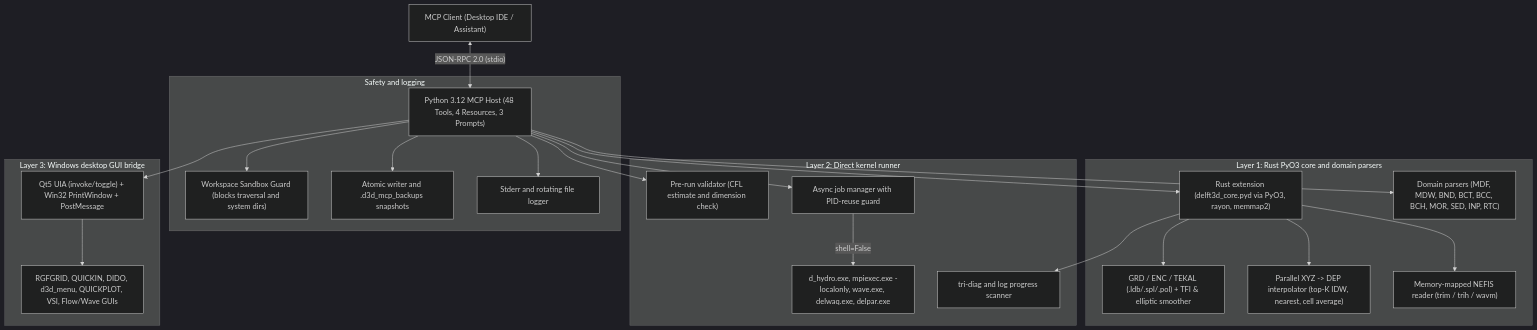
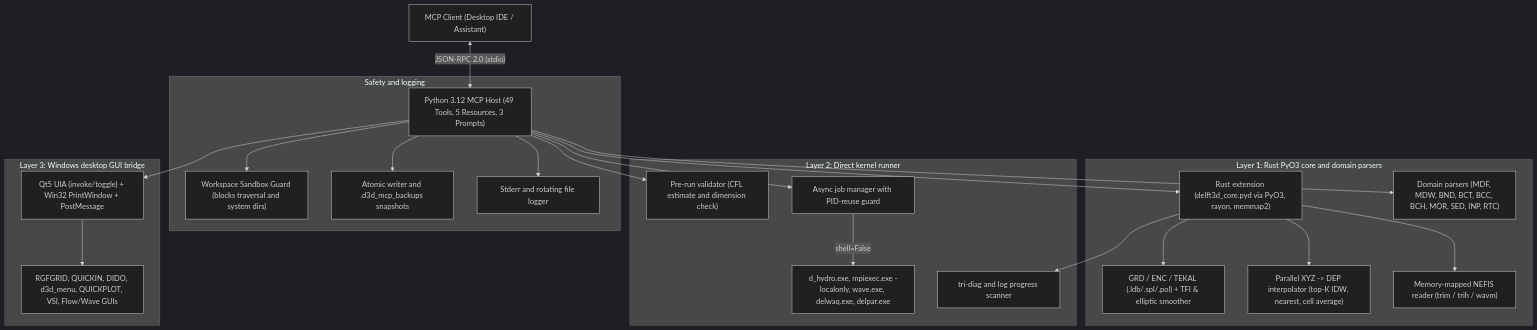
One commit to dikydwi442-byte/delft3d-mcp changed the second of 2 diagrams in README.md. Above: the diagram before and after it, drawn with Mermaid (dark theme). The commit also changed other lines of this file and 7 other files, not shown here.

````diff
--- a/README.md
+++ b/README.md
@@ -40,30 +40,30 @@
 ```mermaid
 flowchart TD
-    Client["MCP Client (Desktop IDE / Assistant)"] <-->|"JSON-RPC 2.0 (stdio)"| Server["Python 3.12 MCP Host (48 Tools, 4 Resources, 3 Prompts)"]
+    Client["MCP Client (Desktop IDE / Assistant)"] <-->|"JSON-RPC 2.0 (stdio)"| Server["Python 3.12 MCP Host (49 Tools, 5 Resources, 3 Prompts)"]
 
     subgraph Security["Safety and logging"]
         Server --> Guard["Workspace Sandbox Guard (blocks traversal and system dirs)"]
         Server --> Backup["Atomic writer and .d3d_mcp_backups snapshots"]
         Server --> Log["Stderr and rotating file logger"]
     end
 
     subgraph Layer1["Layer 1: Rust PyO3 core and domain parsers"]
         Server --> Rust["Rust extension (delft3d_core.pyd via PyO3, rayon, memmap2)"]
         Rust --> Mesh["GRD / ENC / TEKAL (.ldb/.spl/.pol) + TFI & elliptic smoother"]
         Rust --> Bathy["Parallel XYZ -> DEP interpolator (top-K IDW, nearest, cell average)"]
         Rust --> Nefis["Memory-mapped NEFIS reader (trim / trih / wavm)"]
         Server --> Domain["Domain parsers (MDF, MDW, BND, BCT, BCC, BCH, MOR, SED, INP, RTC)"]
     end
 
     subgraph Layer2["Layer 2: Direct kernel runner"]
         Server --> Val["Pre-run validator (CFL estimate and dimension check)"]
         Server --> JobMgr["Async job manager with PID-reuse guard"]
         JobMgr -->|"shell=False"| Exes["d_hydro.exe, mpiexec.exe -localonly, wave.exe, delwaq.exe, delpar.exe"]
         Rust --> Tail["tri-diag and log progress scanner"]
     end
 
     subgraph Layer3["Layer 3: Windows desktop GUI bridge"]
         Server --> UIA["Qt5 UIA (invoke/toggle) + Win32 PrintWindow + PostMessage"]
         UIA --> Apps["RGFGRID, QUICKIN, DIDO, d3d_menu, QUICKPLOT, VSI, Flow/Wave GUIs"]
     end
 ```
````
